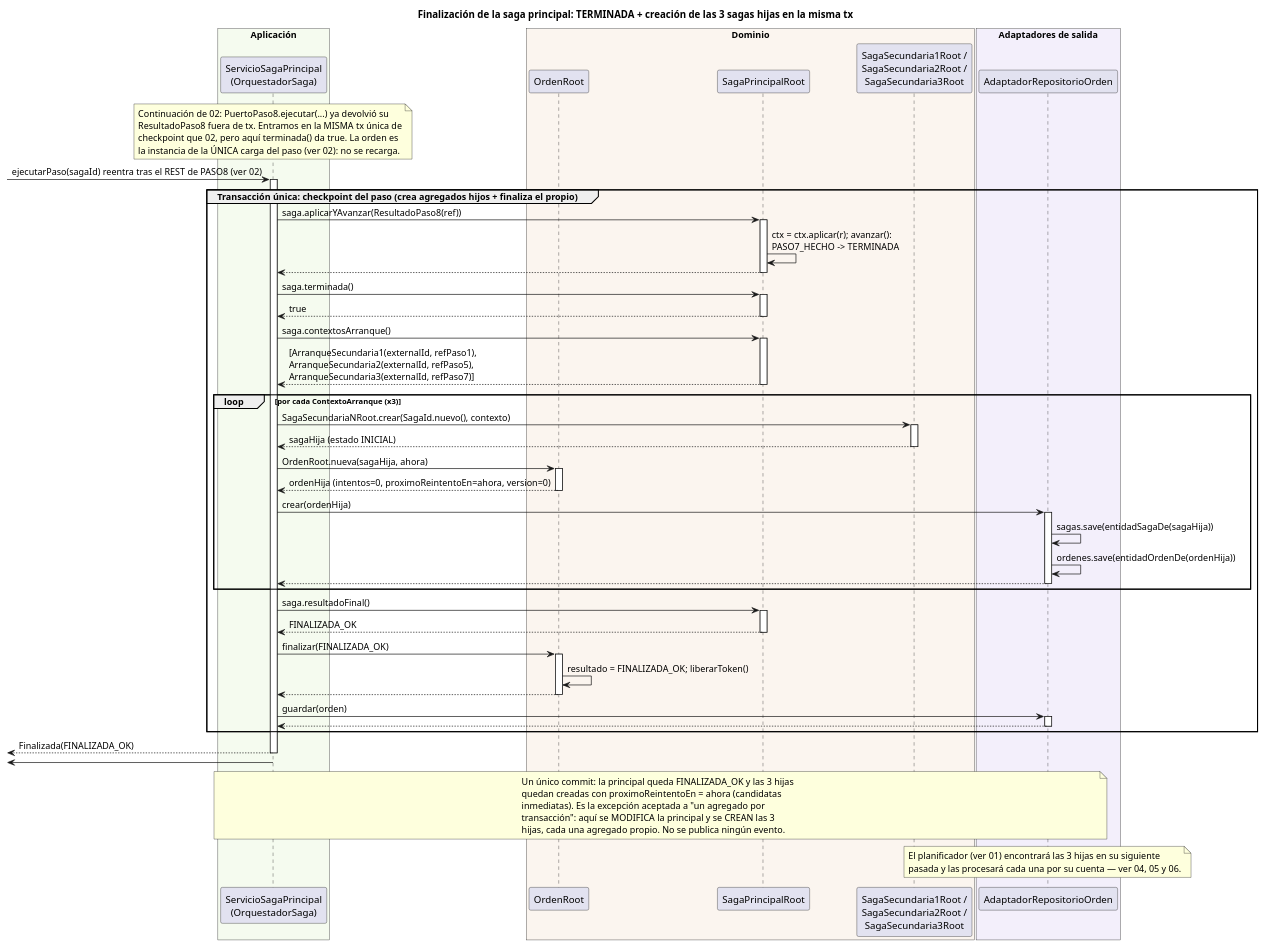
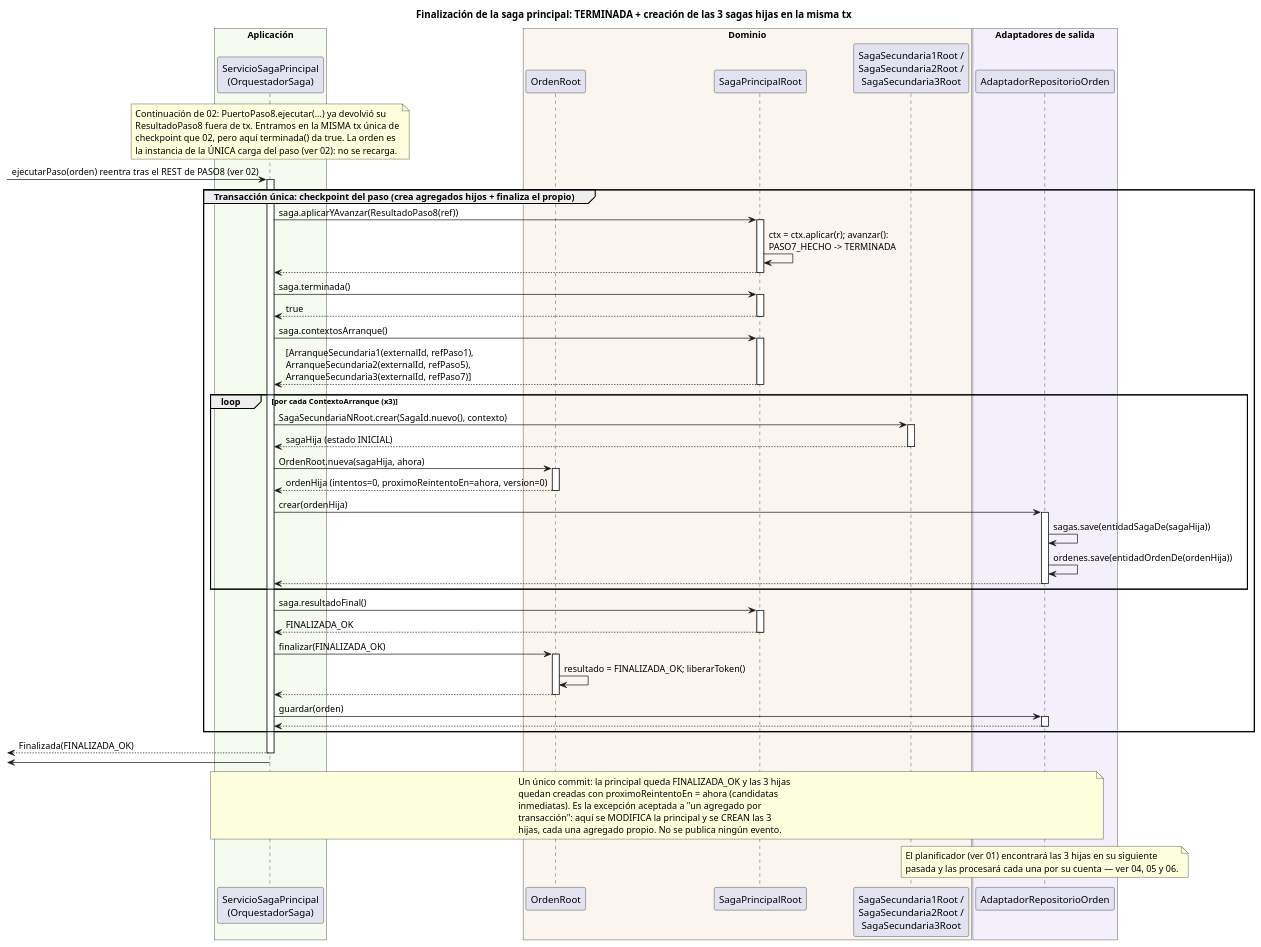
One commit to ralcazar/patrones changed the diagram in order-manager/docs/03-finalizacion-saga-principal.puml. Above: the diagram before and after it, drawn with PlantUML. The commit also changed 36 other files, not shown here.

```diff
--- a/order-manager/docs/03-finalizacion-saga-principal.puml
+++ b/order-manager/docs/03-finalizacion-saga-principal.puml
@@ -1,71 +1,71 @@
 @startuml 03-finalizacion-saga-principal
 title Finalización de la saga principal: TERMINADA + creación de las 3 sagas hijas en la misma tx
 
 box "Aplicación" #F5FBEF
   participant "ServicioSagaPrincipal\n(OrquestadorSaga)" as ORQ
 end box
 box "Dominio" #FBF5EF
   participant "OrdenRoot" as ORDEN
   participant "SagaPrincipalRoot" as SAGA
   participant "SagaSecundaria1Root /\nSagaSecundaria2Root /\nSagaSecundaria3Root" as HIJAS
 end box
 box "Adaptadores de salida" #F3EFFB
   participant "AdaptadorRepositorioOrden" as REPO
 end box
 
 note over ORQ
   Continuación de 02: PuertoPaso8.ejecutar(...) ya devolvió su
   ResultadoPaso8 fuera de tx. Entramos en la MISMA tx única de
   checkpoint que 02, pero aquí terminada() da true. La orden es
   la instancia de la ÚNICA carga del paso (ver 02): no se recarga.
 end note
 
-[-> ORQ : ejecutarPaso(sagaId) reentra tras el REST de PASO8 (ver 02)
+[-> ORQ : ejecutarPaso(orden) reentra tras el REST de PASO8 (ver 02)
 activate ORQ
 
 group Transacción única: checkpoint del paso (crea agregados hijos + finaliza el propio)
   ORQ -> SAGA ++ : saga.aplicarYAvanzar(ResultadoPaso8(ref))
   SAGA -> SAGA : ctx = ctx.aplicar(r); avanzar():\nPASO7_HECHO -> TERMINADA
   return
   ORQ -> SAGA ++ : saga.terminada()
   return true
 
   ORQ -> SAGA ++ : saga.contextosArranque()
   return [ArranqueSecundaria1(externalId, refPaso1),\nArranqueSecundaria2(externalId, refPaso5),\nArranqueSecundaria3(externalId, refPaso7)]
 
   loop por cada ContextoArranque (x3)
     ORQ -> HIJAS ++ : SagaSecundariaNRoot.crear(SagaId.nuevo(), contexto)
     return sagaHija (estado INICIAL)
     ORQ -> ORDEN ++ : OrdenRoot.nueva(sagaHija, ahora)
     return ordenHija (intentos=0, proximoReintentoEn=ahora, version=0)
     ORQ -> REPO ++ : crear(ordenHija)
     REPO -> REPO : sagas.save(entidadSagaDe(sagaHija))
     REPO -> REPO : ordenes.save(entidadOrdenDe(ordenHija))
     return
   end
 
   ORQ -> SAGA ++ : saga.resultadoFinal()
   return FINALIZADA_OK
   ORQ -> ORDEN ++ : finalizar(FINALIZADA_OK)
   ORDEN -> ORDEN : resultado = FINALIZADA_OK; liberarToken()
   return
   ORQ -> REPO ++ : guardar(orden)
   return
 end
 return Finalizada(FINALIZADA_OK)
 [<- ORQ
 deactivate ORQ
 
 note over ORQ, REPO
   Un único commit: la principal queda FINALIZADA_OK y las 3 hijas
   quedan creadas con proximoReintentoEn = ahora (candidatas
   inmediatas). Es la excepción aceptada a "un agregado por
   transacción": aquí se MODIFICA la principal y se CREAN las 3
   hijas, cada una agregado propio. No se publica ningún evento.
 end note
 
 note over REPO
   El planificador (ver 01) encontrará las 3 hijas en su siguiente
   pasada y las procesará cada una por su cuenta — ver 04, 05 y 06.
 end note
 @enduml
```
